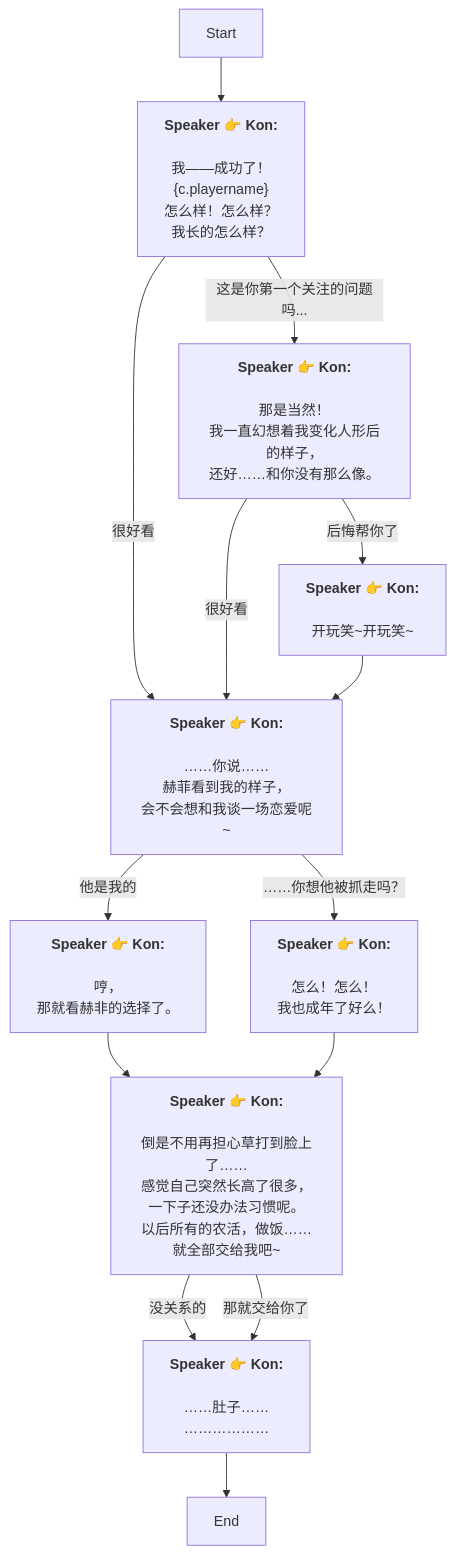
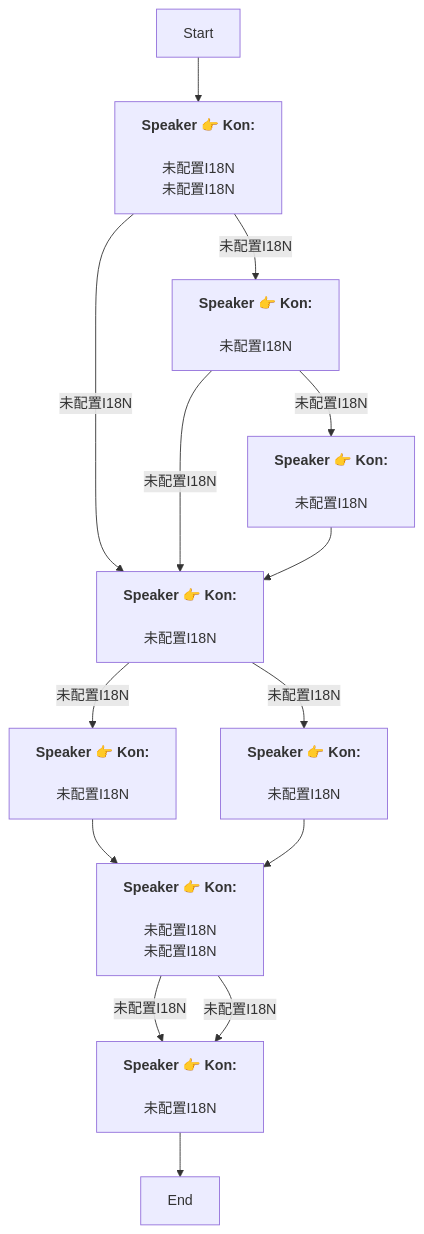
Before and after one commit to SoftHu/tos_avg: the diagram in Zh/QuestStartTalkENode_1764841414989014.md, drawn with Mermaid. The commit also changed 730 other files, not shown here.

````diff
--- a/Zh/QuestStartTalkENode_1764841414989014.md
+++ b/Zh/QuestStartTalkENode_1764841414989014.md
@@ -1,49 +1,29 @@
 ```mermaid
 graph
 Start -->1764841729323225[<b>Speaker 👉 Kon:</b>
-\n我——成功了！
-&lbrace;c.playername&rbrace;\n怎么样！怎么样？
-我长的怎么样？]
-1764841729323225 -->|很好看|1764842615846127[<b>Speaker 👉 Kon:</b>
-\n……你说……
-赫菲看到我的样子，
-会不会想和我谈一场恋爱呢~]
-1764841729323225 -->|这是你第一个关注的问题吗...|1764842203973857[<b>Speaker 👉 Kon:</b>
-\n那是当然！
-我一直幻想着我变化人形后的样子，
-还好……和你没有那么像。]
-1764842203973857 -->|很好看|1764842615846127[<b>Speaker 👉 Kon:</b>
-\n……你说……
-赫菲看到我的样子，
-会不会想和我谈一场恋爱呢~]
-1764842203973857 -->|后悔帮你了|1764842298457319[<b>Speaker 👉 Kon:</b>
-\n开玩笑~开玩笑~]
+\n未配置I18N\n未配置I18N]
+1764841729323225 -->|未配置I18N|1764842615846127[<b>Speaker 👉 Kon:</b>
+\n未配置I18N]
+1764841729323225 -->|未配置I18N|1764842203973857[<b>Speaker 👉 Kon:</b>
+\n未配置I18N]
+1764842203973857 -->|未配置I18N|1764842615846127[<b>Speaker 👉 Kon:</b>
+\n未配置I18N]
+1764842203973857 -->|未配置I18N|1764842298457319[<b>Speaker 👉 Kon:</b>
+\n未配置I18N]
 1764842298457319 -->1764842615846127[<b>Speaker 👉 Kon:</b>
-\n……你说……
-赫菲看到我的样子，
-会不会想和我谈一场恋爱呢~]
-1764842615846127 -->|……你想他被抓走吗？|1764842519520494[<b>Speaker 👉 Kon:</b>
-\n怎么！怎么！
-我也成年了好么！]
-1764842615846127 -->|他是我的|1764842514911469[<b>Speaker 👉 Kon:</b>
-\n哼，
-那就看赫非的选择了。]
+\n未配置I18N]
+1764842615846127 -->|未配置I18N|1764842519520494[<b>Speaker 👉 Kon:</b>
+\n未配置I18N]
+1764842615846127 -->|未配置I18N|1764842514911469[<b>Speaker 👉 Kon:</b>
+\n未配置I18N]
 1764842514911469 -->1764842711232753[<b>Speaker 👉 Kon:</b>
-\n倒是不用再担心草打到脸上了……
-感觉自己突然长高了很多，
-一下子还没办法习惯呢。\n以后所有的农活，做饭……
-就全部交给我吧~]
-1764842711232753 -->|没关系的|1764842961630455[<b>Speaker 👉 Kon:</b>
-\n……肚子……
-………………]
-1764842711232753 -->|那就交给你了|1764842961630455[<b>Speaker 👉 Kon:</b>
-\n……肚子……
-………………]
+\n未配置I18N\n未配置I18N]
+1764842711232753 -->|未配置I18N|1764842961630455[<b>Speaker 👉 Kon:</b>
+\n未配置I18N]
+1764842711232753 -->|未配置I18N|1764842961630455[<b>Speaker 👉 Kon:</b>
+\n未配置I18N]
 1764842961630455 -->1764843035060472[End]
 1764842519520494 -->1764842711232753[<b>Speaker 👉 Kon:</b>
-\n倒是不用再担心草打到脸上了……
-感觉自己突然长高了很多，
-一下子还没办法习惯呢。\n以后所有的农活，做饭……
-就全部交给我吧~]
+\n未配置I18N\n未配置I18N]
 
 ```
````
